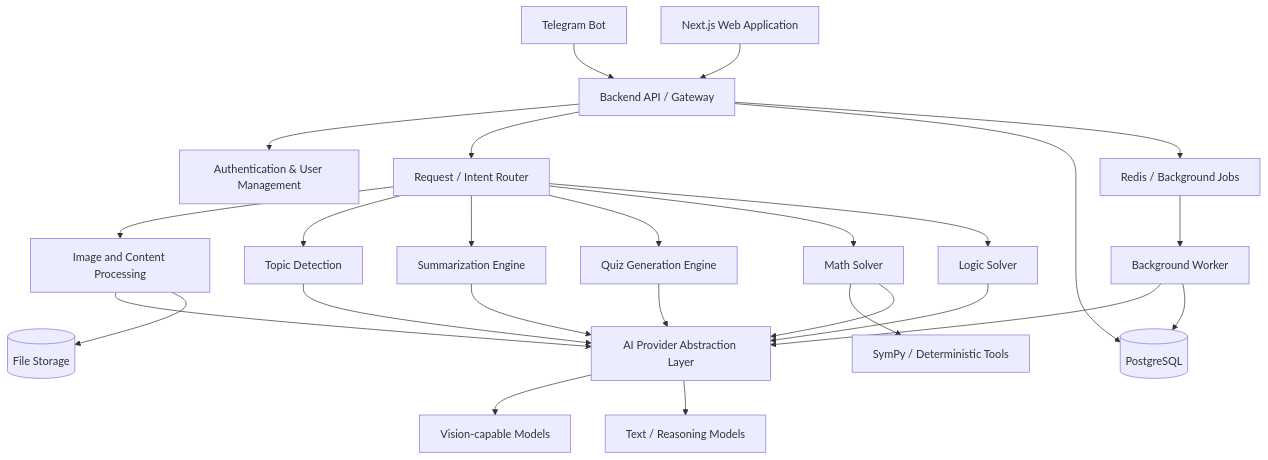
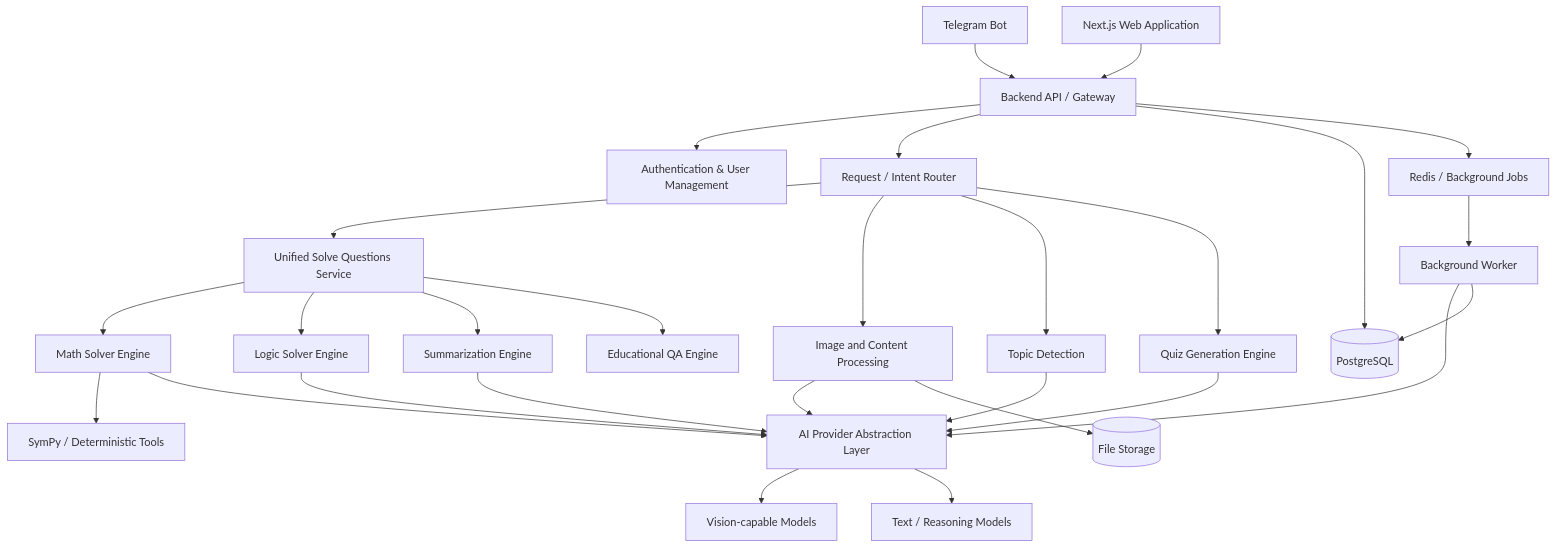
The first of 4 diagrams in AI-Learning-Assistant-Docs/architecture.md (cmidul/dupIiucStudyMate), drawn with Mermaid before and after one commit. The commit also changed 13 other files, not shown here.

Commit message:
feat(solver): unify math, logic, summary, and QA into Solve Questions feature (F-19, SOLVE-001..010)

````diff
--- a/AI-Learning-Assistant-Docs/architecture.md
+++ b/AI-Learning-Assistant-Docs/architecture.md
@@ -26,33 +26,36 @@
 ``` mermaid
 flowchart TD
     T[Telegram Bot] --> API[Backend API / Gateway]
     W[Next.js Web Application] --> API
 
     API --> AUTH[Authentication & User Management]
     API --> ROUTER[Request / Intent Router]
 
+    ROUTER --> UNIFIED[Unified Solve Questions Service]
     ROUTER --> IMG[Image and Content Processing]
     ROUTER --> TOPIC[Topic Detection]
-    ROUTER --> SUM[Summarization Engine]
     ROUTER --> QUIZ[Quiz Generation Engine]
-    ROUTER --> MATH[Math Solver]
-    ROUTER --> LOGIC[Logic Solver]
+
+    UNIFIED --> MATH[Math Solver Engine]
+    UNIFIED --> LOGIC[Logic Solver Engine]
+    UNIFIED --> SUM[Summarization Engine]
+    UNIFIED --> QA[Educational QA Engine]
 
     IMG --> AI[AI Provider Abstraction Layer]
     TOPIC --> AI
     SUM --> AI
     QUIZ --> AI
     MATH --> MATHLIB[SymPy / Deterministic Tools]
     MATH --> AI
     LOGIC --> AI
 
     AI --> VISION[Vision-capable Models]
     AI --> TEXT[Text / Reasoning Models]
 
     API --> DB[(PostgreSQL)]
     IMG --> STORAGE[(File Storage)]
     API --> QUEUE[Redis / Background Jobs]
     QUEUE --> WORKER[Background Worker]
     WORKER --> AI
     WORKER --> DB
 ```
````
